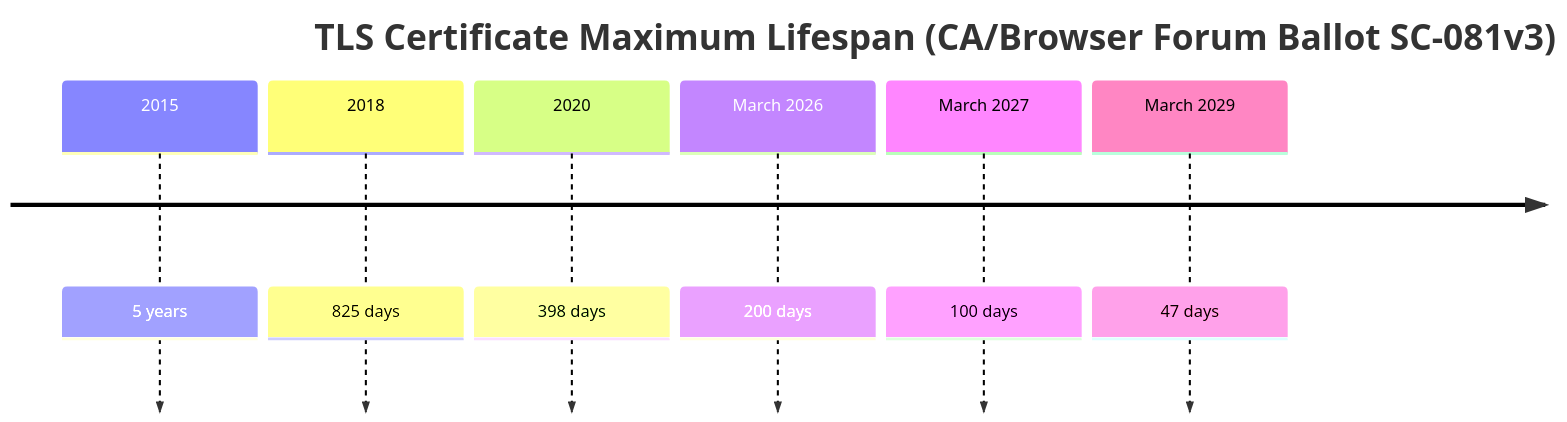
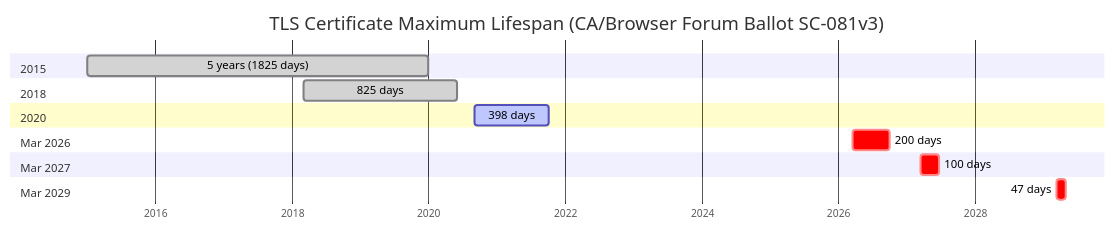
Before and after one commit to certctl-io/certctl: the diagram in README.md, drawn with Mermaid.

Commit message:
fix: gantt chart bars now represent actual certificate lifespans
Each bar starts at the policy effective date and its length equals
the max certificate lifespan in days. The visual shrinking from
1825 days (2015) to 47 days (2029) tells the story accurately.

````diff
--- a/README.md
+++ b/README.md
@@ -19,10 +19,19 @@
 ```mermaid
-timeline
+gantt
     title TLS Certificate Maximum Lifespan (CA/Browser Forum Ballot SC-081v3)
-    2015 : 5 years
-    2018 : 825 days
-    2020 : 398 days
-    March 2026 : 200 days
-    March 2027 : 100 days
-    March 2029 : 47 days
+    dateFormat YYYY-MM-DD
+    axisFormat %Y
+    todayMarker off
+    section 2015
+        5 years (1825 days)    :done, 2015-01-01, 1825d
+    section 2018
+        825 days               :done, 2018-03-01, 825d
+    section 2020
+        398 days               :active, 2020-09-01, 398d
+    section Mar 2026
+        200 days               :crit, 2026-03-15, 200d
+    section Mar 2027
+        100 days               :crit, 2027-03-15, 100d
+    section Mar 2029
+        47 days                :crit, 2029-03-15, 47d
 ```
````
